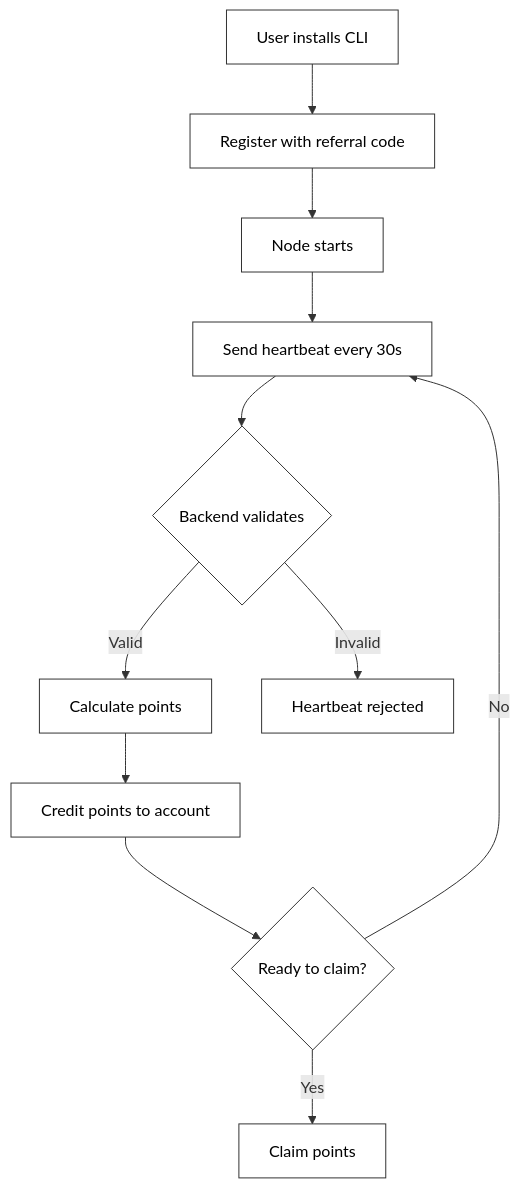
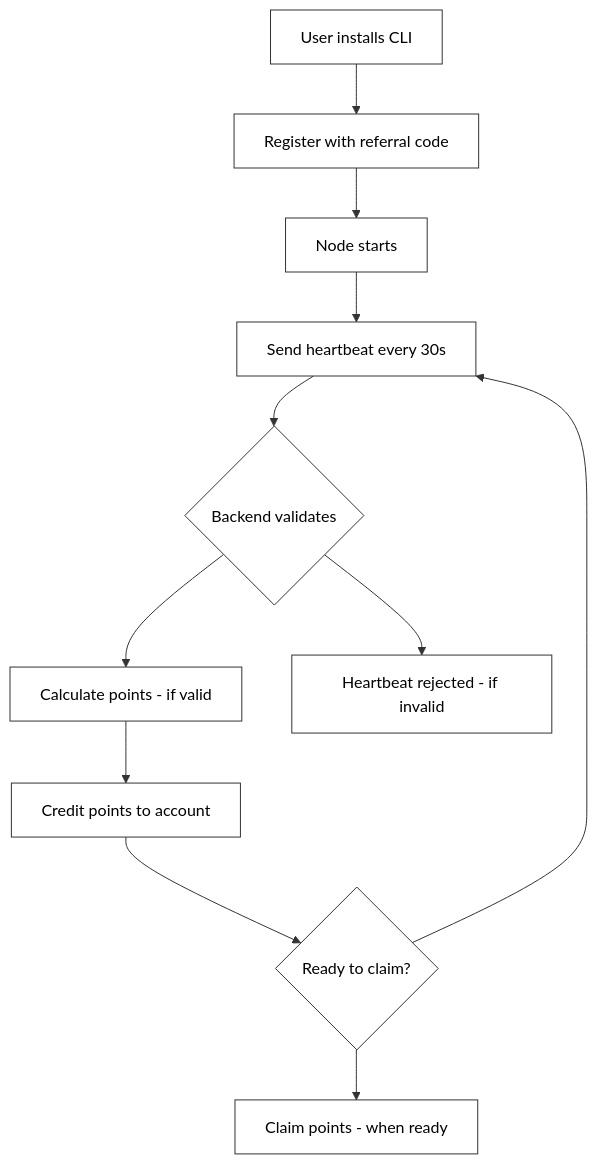
The second of 2 diagrams in how-it-works.md (Nexora-Node/Docs), drawn with Mermaid before and after one commit. The commit also changed other lines of this file and 5 other files, not shown here.

````diff
--- a/how-it-works.md
+++ b/how-it-works.md
@@ -35,24 +33,24 @@
 ```mermaid
 flowchart TD
     A[User installs CLI] --> B[Register with referral code]
     B --> C[Node starts]
     C --> D[Send heartbeat every 30s]
     D --> E{Backend validates}
-    E -->|Valid| F[Calculate points]
-    E -->|Invalid| G[Heartbeat rejected]
+    E --> F[Calculate points - if valid]
+    E --> G[Heartbeat rejected - if invalid]
     F --> H[Credit points to account]
     H --> I{Ready to claim?}
-    I -->|Yes| J[Claim points]
-    I -->|No| D
+    I --> J[Claim points - when ready]
+    I --> D
 
     style A fill:#fff,stroke:#333,color:#000
     style B fill:#fff,stroke:#333,color:#000
     style C fill:#fff,stroke:#333,color:#000
     style D fill:#fff,stroke:#333,color:#000
     style E fill:#fff,stroke:#333,color:#000
     style F fill:#fff,stroke:#333,color:#000
     style G fill:#fff,stroke:#333,color:#000
     style H fill:#fff,stroke:#333,color:#000
     style I fill:#fff,stroke:#333,color:#000
     style J fill:#fff,stroke:#333,color:#000
 ```
````
